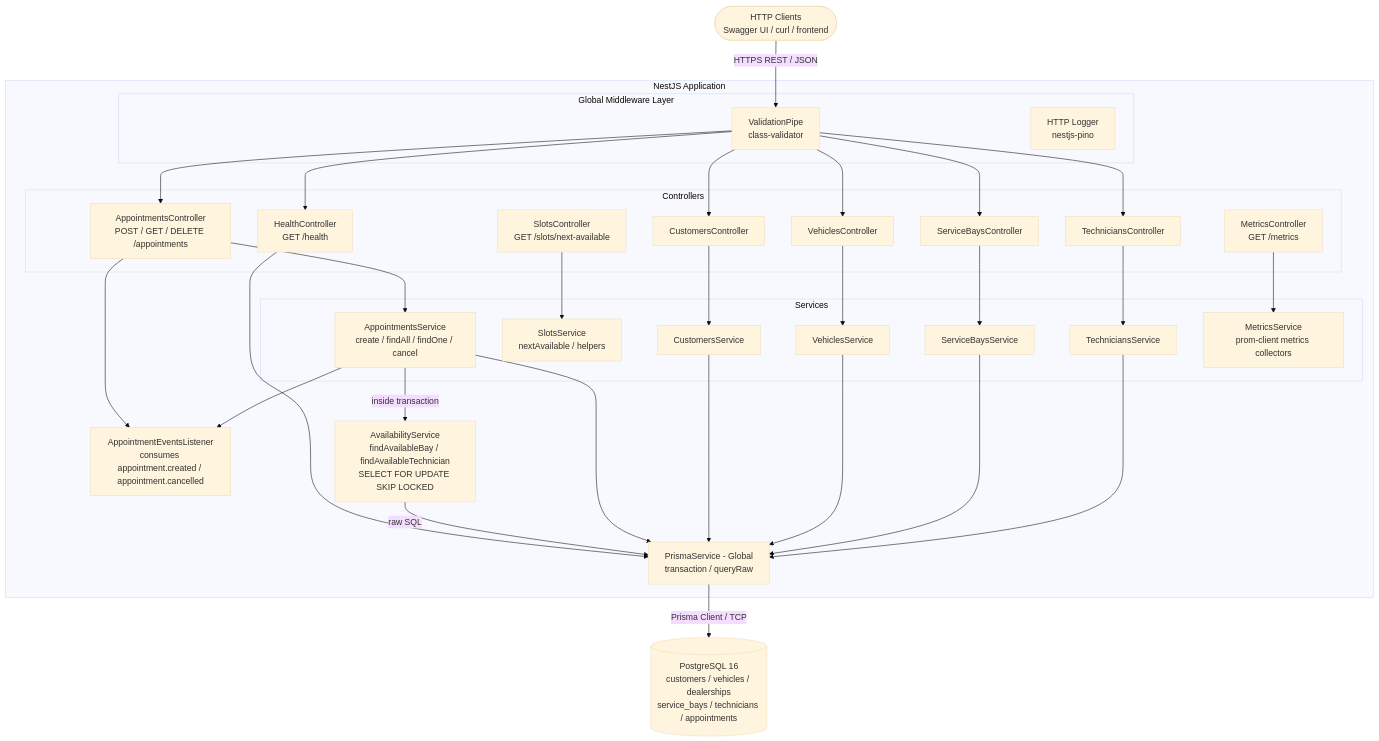
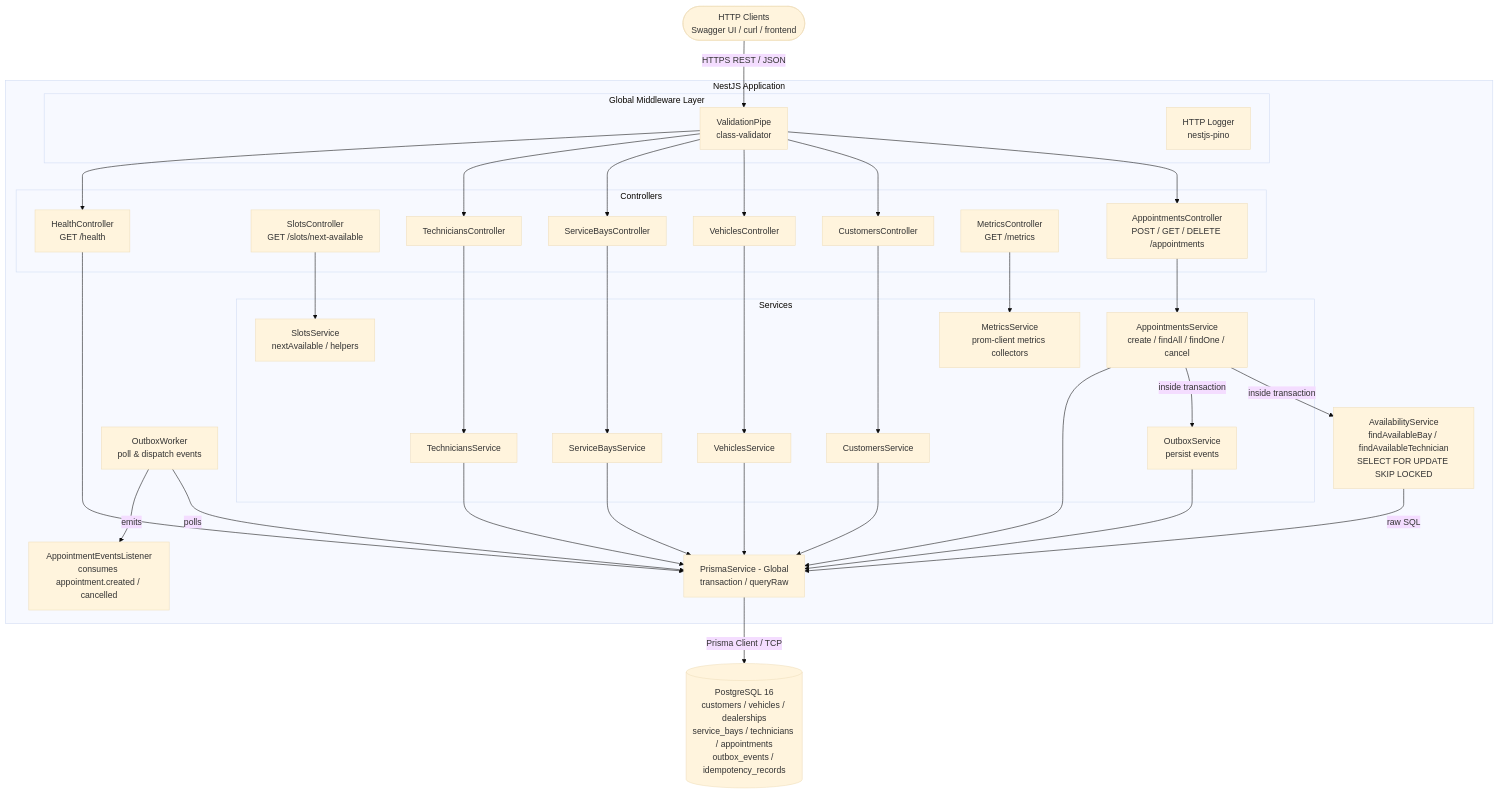
One commit to bangbui2003/vehicle-service-scheduler changed the first of 3 diagrams in system-design.md. Above: the diagram before and after it, drawn with Mermaid (base theme). The commit also changed other lines of this file and 1 other file, not shown here.

Commit message:
feat: implement transactional outbox pattern and update appointment pagination schema

````diff
--- a/system-design.md
+++ b/system-design.md
@@ -9,68 +9,72 @@
 ```mermaid
 flowchart TD
     Client(["HTTP Clients<br/>Swagger UI / curl / frontend"])
 
     subgraph App["NestJS Application"]
         subgraph MW["Global Middleware Layer"]
             VP["ValidationPipe<br/>class-validator"]
             PL["HTTP Logger<br/>nestjs-pino"]
         end
 
         subgraph Ctrl["Controllers"]
             AC["AppointmentsController<br/>POST / GET / DELETE /appointments"]
             SC["SlotsController<br/>GET /slots/next-available"]
             CC["CustomersController"]
             VC["VehiclesController"]
             SBC["ServiceBaysController"]
             TC["TechniciansController"]
             MC["MetricsController<br/>GET /metrics"]
             HC["HealthController<br/>GET /health"]
         end
 
         subgraph SvcLayer["Services"]
             AS["AppointmentsService<br/>create / findAll / findOne / cancel"]
             SS["SlotsService<br/>nextAvailable / helpers"]
             CS["CustomersService"]
             VS["VehiclesService"]
             SBS["ServiceBaysService"]
             TS["TechniciansService"]
             MS["MetricsService<br/>prom-client metrics collectors"]
+            OS["OutboxService<br/>persist events"]
         end
 
-        EL["AppointmentEventsListener<br/>consumes appointment.created / appointment.cancelled"]
+        OW["OutboxWorker<br/>poll & dispatch events"]
+        EL["AppointmentEventsListener<br/>consumes appointment.created / cancelled"]
 
         AV["AvailabilityService<br/>findAvailableBay / findAvailableTechnician<br/>SELECT FOR UPDATE SKIP LOCKED"]
         PS["PrismaService - Global<br/>transaction / queryRaw"]
     end
 
-    DB[("PostgreSQL 16<br/>customers / vehicles / dealerships<br/>service_bays / technicians / appointments")]
+    DB[("PostgreSQL 16<br/>customers / vehicles / dealerships<br/>service_bays / technicians / appointments<br/>outbox_events / idempotency_records")]
 
     Client -->|"HTTPS REST / JSON"| VP
     VP --> AC
     VP --> CC
     VP --> VC
     VP --> SBC
     VP --> TC
     VP --> HC
 
     AC --> AS
     CC --> CS
     VC --> VS
     SBC --> SBS
     TC --> TS
     HC --> PS
 
     AS -->|"inside transaction"| AV
-    AC --> EL
-    AS --> EL
+    AS -->|"inside transaction"| OS
+    OW -->|"polls"| PS
+    OW -->|"emits"| EL
     SC --> SS
     MC --> MS
     AV -->|"raw SQL"| PS
     AS --> PS
     CS --> PS
     VS --> PS
     SBS --> PS
     TS --> PS
+    OS --> PS
 
     PS -->|"Prisma Client / TCP"| DB
 ```
````
